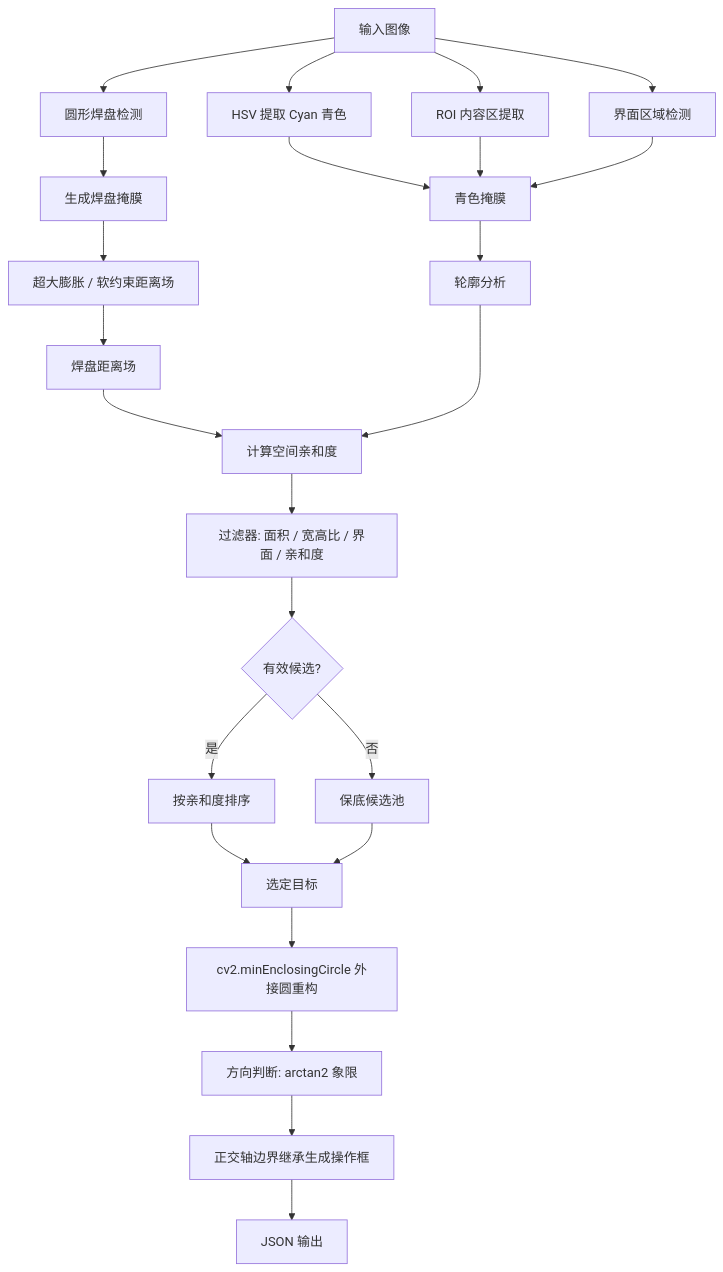
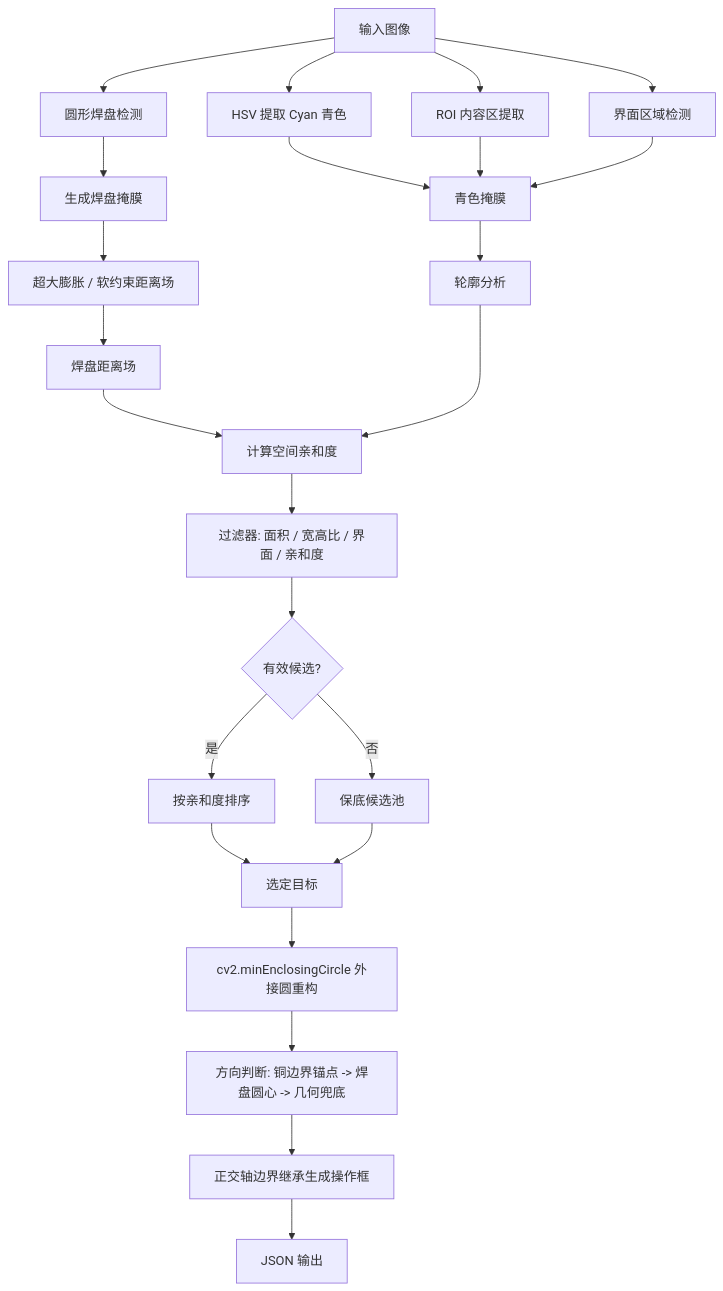
One commit to zzz0627/CAM-Detection changed the diagram in README.md. Above: the diagram before and after it, drawn with Mermaid. The commit also changed other lines of this file and 1 other file, not shown here.

````diff
--- a/README.md
+++ b/README.md
@@ -146,33 +146,33 @@
 ```mermaid
 graph TD
     Input[输入图像] --> Interface[界面区域检测]
     Input --> ROI[ROI 内容区提取]
     Input --> Pad[圆形焊盘检测]
 
     Pad --> PadMask[生成焊盘掩膜]
     PadMask --> SoftPad[超大膨胀 / 软约束距离场]
 
     Input --> HSV[HSV 提取 Cyan 青色]
     HSV --> CyanMask[青色掩膜]
     ROI --> CyanMask
     Interface --> CyanMask
 
     CyanMask --> Contours[轮廓分析]
     SoftPad --> DistMap[焊盘距离场]
     DistMap --> Affinity[计算空间亲和度]
     Contours --> Affinity
 
     Affinity --> Filter[过滤器: 面积 / 宽高比 / 界面 / 亲和度]
     Filter --> Valid{有效候选?}
 
     Valid -->|是| Rank[按亲和度排序]
     Valid -->|否| Fallback[保底候选池]
 
     Rank --> Selected[选定目标]
     Fallback --> Selected
 
     Selected --> Circle[cv2.minEnclosingCircle 外接圆重构]
-    Circle --> Direction[方向判断: arctan2 象限]
+    Circle --> Direction[方向判断: 铜边界锚点 -> 焊盘圆心 -> 几何兜底]
     Direction --> Box[正交轴边界继承生成操作框]
     Box --> Output[JSON 输出]
 ```
````
